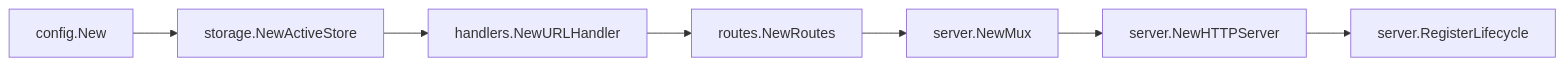
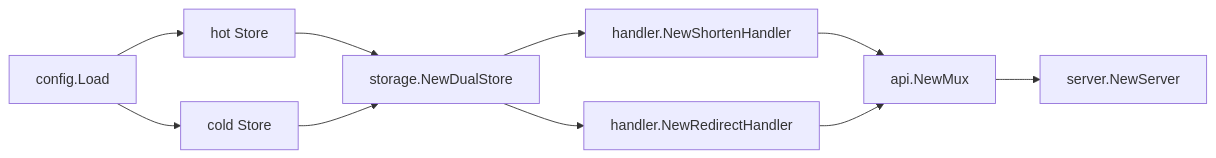
One commit to limistah/go-url-shortener changed the first of 11 diagrams in docs/walkthrough.md. Above: the diagram before and after it, drawn with Mermaid. The commit also changed other lines of this file and 48 other files, not shown here.

````diff
--- a/docs/walkthrough.md
+++ b/docs/walkthrough.md
@@ -7,9 +5,12 @@
 ```mermaid
 flowchart LR
-  C[config.New] --> S[storage.NewActiveStore]
-  S --> H[handlers.NewURLHandler]
-  H --> R[routes.NewRoutes]
-  R --> M[server.NewMux]
-  M --> SV[server.NewHTTPServer]
-  SV --> L[server.RegisterLifecycle]
+  C[config.Load] --> HS[hot Store]
+  C --> CS[cold Store]
+  HS --> DS[storage.NewDualStore]
+  CS --> DS
+  DS --> SH[handler.NewShortenHandler]
+  DS --> RH[handler.NewRedirectHandler]
+  SH --> M[api.NewMux]
+  RH --> M
+  M --> S[server.NewServer]
 ```
````
